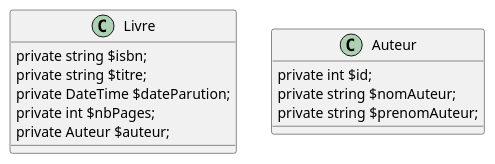
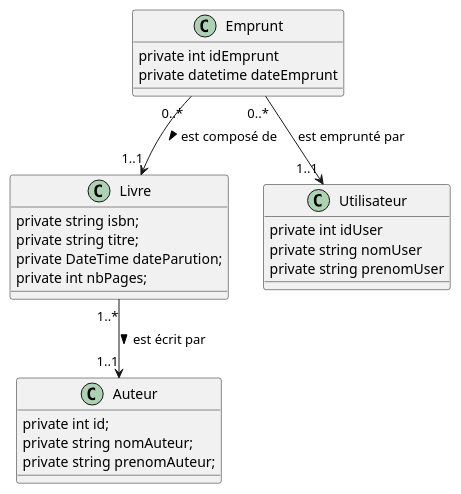
One commit to EstebanRacine/dev changed the diagram in Projets/php-db-biblio/documentation/diagrammeDeClasse.puml. Above: the diagram before and after it, drawn with PlantUML. The commit also changed 9 other files, not shown here.

```diff
--- a/Projets/php-db-biblio/documentation/diagrammeDeClasse.puml
+++ b/Projets/php-db-biblio/documentation/diagrammeDeClasse.puml
@@ -1,22 +1,36 @@
 @startuml
 'https://plantuml.com/class-diagram
 
 class Livre{
 
-    private string $isbn;
-    private string $titre;
-    private DateTime $dateParution;
-    private int $nbPages;
-    private Auteur $auteur;
+    private string isbn;
+    private string titre;
+    private DateTime dateParution;
+    private int nbPages;
 
 }
 
+class Emprunt{
+    private int idEmprunt
+    private datetime dateEmprunt
+}
+
+class Utilisateur{
+    private int idUser
+    private string nomUser
+    private string prenomUser
+
+}
 
 class Auteur{
 
-    private int $id;
-    private string $nomAuteur;
-    private string $prenomAuteur;
+    private int id;
+    private string nomAuteur;
+    private string prenomAuteur;
 
 }
+
+Livre "1..*"-->"1..1" Auteur : est écrit par >
+Emprunt "0..*"--> "1..1" Utilisateur : est emprunté par
+Emprunt "0..*"-->"1..1" Livre : est composé de >
 @enduml
```
